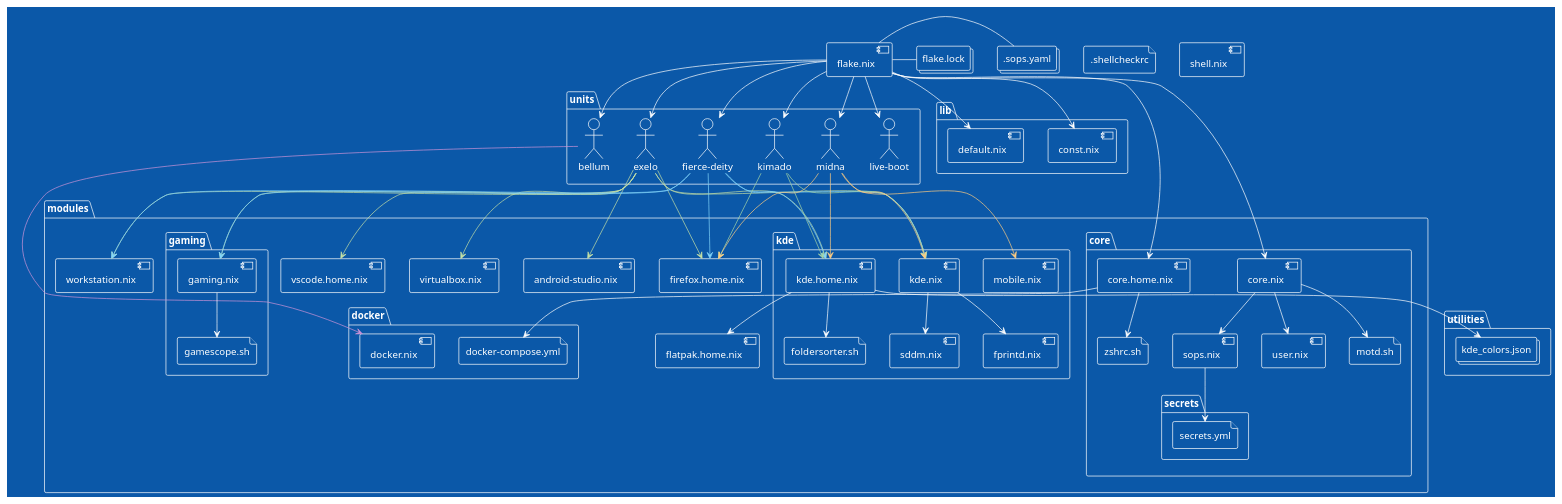
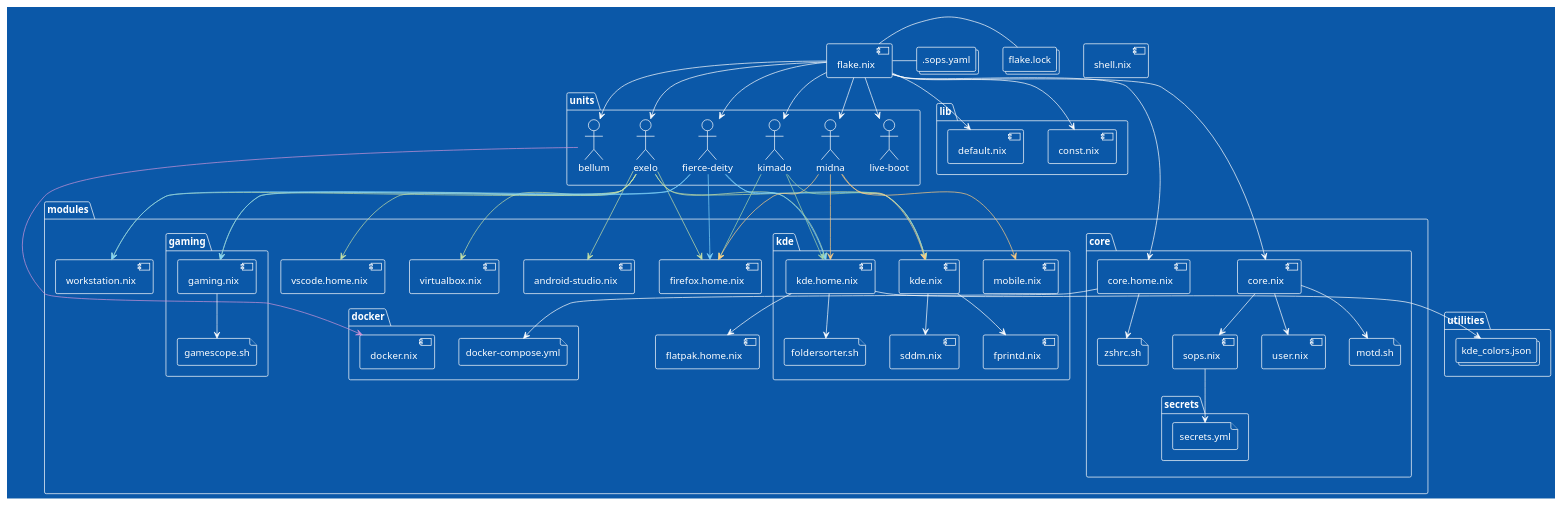
One commit to auroreLeclerc/nix-inventory changed the diagram in utilities/inventory.puml. Above: the diagram before and after it, drawn with PlantUML. The commit also changed 9 other files, not shown here.

```diff
--- a/utilities/inventory.puml
+++ b/utilities/inventory.puml
@@ -1,103 +1,102 @@
 @startuml inventory
 !theme amiga
 folder "units" {
 actor "exelo" as 946f41d7a0edfc2e0c01ee5a09a8c817
 actor "fierce-deity" as c4bab5bd2a813b4140b129fe0e3fb658
 actor "live-boot" as c7d5751343a9ead629f775ba9b9af9cf
 actor "kimado" as 1396d7d4092f9152f5759496564121cd
 actor "bellum" as 20a158b77d6ce48a8335b7e769c66846
 actor "midna" as 63f8d8e44685a13b538d30e2a0812668
 }
 component "flake.nix" as 3cfc5eb99249add5b61f5348132a1e77
 folder "lib" {
    component "const.nix" as 42685639631220987acd22a87135e57c
    component "default.nix" as 68e512ab9f77fd39f3722c23b9768434
 }
 collections ".sops.yaml" as 91f6f5e8b87d05d919871a4550a6fc38
-file ".shellcheckrc" as a8745e5a05e7228870daeca936a7dcec
 component "shell.nix" as 97c7e481026e36daa7b31230c6c6aadc
 folder "utilities" {
    collections "kde_colors.json" as 31b20c96119be911606aa1b692b28ba5
 }
 folder "modules" {
    folder "gaming" {
       file "gamescope.sh" as 07bb30b5069aacb10b5677e227bfbeb4
       component "gaming.nix" as cc648f4643baab83856cbb1aee4c03ef
    }
    component "vscode.home.nix" as 26e1d38b688c4a1832d0935e5d29e980
    folder "core" {
       component "user.nix" as e48a789aa9c3b1358cf051feee2e878a
       component "core.home.nix" as d418baa43b11df0205fd0d8001cf7901
       file "zshrc.sh" as 7eb8b1eccd344747a8b685427d1c8d47
       file "motd.sh" as c82c7c2583c0b9ccbee6e5f55451c0f6
       folder "secrets" {
          file "secrets.yml" as fedff914d02561f998eabdacb5cefebd
       }
       component "core.nix" as 6aafb3be03e9429fda102521e26edd7b
       component "sops.nix" as 20147c29130fca277ea17de5d4ba1678
    }
    component "flatpak.home.nix" as 6a6caf7642ae4a75b6d8c64ecf6400b9
    component "android-studio.nix" as a8adb1966bc91fc715175dff4a1585e7
    component "firefox.home.nix" as 38cffe16d01eb2da09feac707c1aaa76
    folder "kde" {
       component "fprintd.nix" as 0fb371a9afb97f3c276f57e82617e12d
       component "sddm.nix" as 5ebad3bd91a08cf55c56e207db927f8e
       component "mobile.nix" as 8d2c80d6e09dc0fe9680025161c2f7f7
       component "kde.nix" as 33998a49668889da1de8827630f29048
       component "kde.home.nix" as 34f24b42df06d195232b3481cc71827b
       file "foldersorter.sh" as ad183a934b3ffac1938f0162d6a8a65b
    }
    component "virtualbox.nix" as f7eeddc94c5ed65950560d6b5663fd1f
    component "workstation.nix" as 5a0152e173cf79e753b825a5923741a1
    folder "docker" {
       file "docker-compose.yml" as 6c4723ada97bf32b316ca223382b50ed
       component "docker.nix" as b2d542b35b19bbc557679612f5768653
    }
 }
 collections "flake.lock" as acf05e6b4d5a2b6e0e87b24127cf384a
 946f41d7a0edfc2e0c01ee5a09a8c817 -[#C5E1A5]-> 33998a49668889da1de8827630f29048
 946f41d7a0edfc2e0c01ee5a09a8c817 -[#C5E1A5]-> 5a0152e173cf79e753b825a5923741a1
 946f41d7a0edfc2e0c01ee5a09a8c817 -[#C5E1A5]-> a8adb1966bc91fc715175dff4a1585e7
 946f41d7a0edfc2e0c01ee5a09a8c817 -[#C5E1A5]-> cc648f4643baab83856cbb1aee4c03ef
 946f41d7a0edfc2e0c01ee5a09a8c817 -[#C5E1A5]-> f7eeddc94c5ed65950560d6b5663fd1f
 946f41d7a0edfc2e0c01ee5a09a8c817 -[#C5E1A5]-> 34f24b42df06d195232b3481cc71827b
 946f41d7a0edfc2e0c01ee5a09a8c817 -[#C5E1A5]-> 26e1d38b688c4a1832d0935e5d29e980
 946f41d7a0edfc2e0c01ee5a09a8c817 -[#C5E1A5]-> 38cffe16d01eb2da09feac707c1aaa76
 c4bab5bd2a813b4140b129fe0e3fb658 -[#81D4FA]-> 33998a49668889da1de8827630f29048
 c4bab5bd2a813b4140b129fe0e3fb658 -[#81D4FA]-> cc648f4643baab83856cbb1aee4c03ef
 c4bab5bd2a813b4140b129fe0e3fb658 -[#81D4FA]-> 5a0152e173cf79e753b825a5923741a1
 c4bab5bd2a813b4140b129fe0e3fb658 -[#81D4FA]-> 34f24b42df06d195232b3481cc71827b
 c4bab5bd2a813b4140b129fe0e3fb658 -[#81D4FA]-> 38cffe16d01eb2da09feac707c1aaa76
 1396d7d4092f9152f5759496564121cd -[#A5D6A7]-> 33998a49668889da1de8827630f29048
 1396d7d4092f9152f5759496564121cd -[#A5D6A7]-> 34f24b42df06d195232b3481cc71827b
 1396d7d4092f9152f5759496564121cd -[#A5D6A7]-> 38cffe16d01eb2da09feac707c1aaa76
 20a158b77d6ce48a8335b7e769c66846 -[#CE93D8]-> b2d542b35b19bbc557679612f5768653
 63f8d8e44685a13b538d30e2a0812668 -[#FFCC80]-> 33998a49668889da1de8827630f29048
 63f8d8e44685a13b538d30e2a0812668 -[#FFCC80]-> 8d2c80d6e09dc0fe9680025161c2f7f7
 63f8d8e44685a13b538d30e2a0812668 -[#FFCC80]-> 34f24b42df06d195232b3481cc71827b
 63f8d8e44685a13b538d30e2a0812668 -[#FFCC80]-> 38cffe16d01eb2da09feac707c1aaa76
 3cfc5eb99249add5b61f5348132a1e77 --> 68e512ab9f77fd39f3722c23b9768434
 3cfc5eb99249add5b61f5348132a1e77 --> 42685639631220987acd22a87135e57c
 3cfc5eb99249add5b61f5348132a1e77 --> d418baa43b11df0205fd0d8001cf7901
 3cfc5eb99249add5b61f5348132a1e77 --> 946f41d7a0edfc2e0c01ee5a09a8c817
 3cfc5eb99249add5b61f5348132a1e77 --> c4bab5bd2a813b4140b129fe0e3fb658
 3cfc5eb99249add5b61f5348132a1e77 --> c7d5751343a9ead629f775ba9b9af9cf
 3cfc5eb99249add5b61f5348132a1e77 --> 1396d7d4092f9152f5759496564121cd
 3cfc5eb99249add5b61f5348132a1e77 --> 20a158b77d6ce48a8335b7e769c66846
 3cfc5eb99249add5b61f5348132a1e77 --> 63f8d8e44685a13b538d30e2a0812668
 3cfc5eb99249add5b61f5348132a1e77 --> 6aafb3be03e9429fda102521e26edd7b
 cc648f4643baab83856cbb1aee4c03ef --> 07bb30b5069aacb10b5677e227bfbeb4
 d418baa43b11df0205fd0d8001cf7901 --> 6c4723ada97bf32b316ca223382b50ed
 d418baa43b11df0205fd0d8001cf7901 --> 7eb8b1eccd344747a8b685427d1c8d47
 6aafb3be03e9429fda102521e26edd7b --> c82c7c2583c0b9ccbee6e5f55451c0f6
 6aafb3be03e9429fda102521e26edd7b --> e48a789aa9c3b1358cf051feee2e878a
 6aafb3be03e9429fda102521e26edd7b --> 20147c29130fca277ea17de5d4ba1678
 20147c29130fca277ea17de5d4ba1678 --> fedff914d02561f998eabdacb5cefebd
 33998a49668889da1de8827630f29048 --> 5ebad3bd91a08cf55c56e207db927f8e
 33998a49668889da1de8827630f29048 --> 0fb371a9afb97f3c276f57e82617e12d
 34f24b42df06d195232b3481cc71827b --> 6a6caf7642ae4a75b6d8c64ecf6400b9
 34f24b42df06d195232b3481cc71827b --> 31b20c96119be911606aa1b692b28ba5
 34f24b42df06d195232b3481cc71827b --> ad183a934b3ffac1938f0162d6a8a65b
 3cfc5eb99249add5b61f5348132a1e77 - acf05e6b4d5a2b6e0e87b24127cf384a
 3cfc5eb99249add5b61f5348132a1e77 - 91f6f5e8b87d05d919871a4550a6fc38
 @enduml
```
